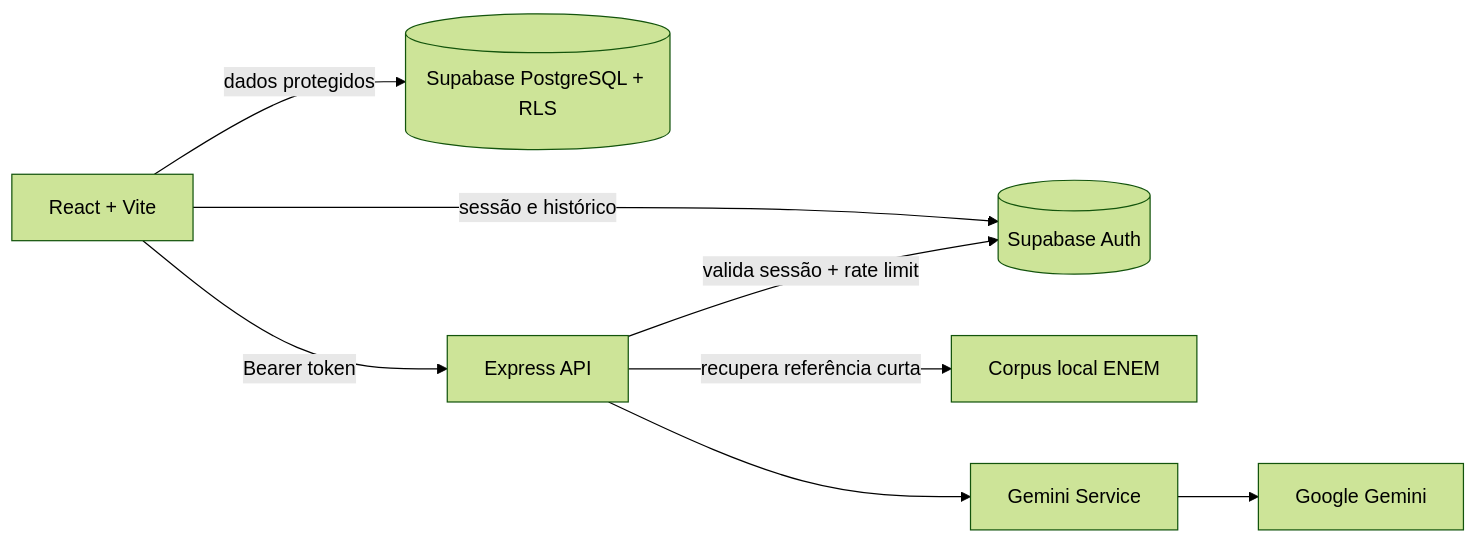
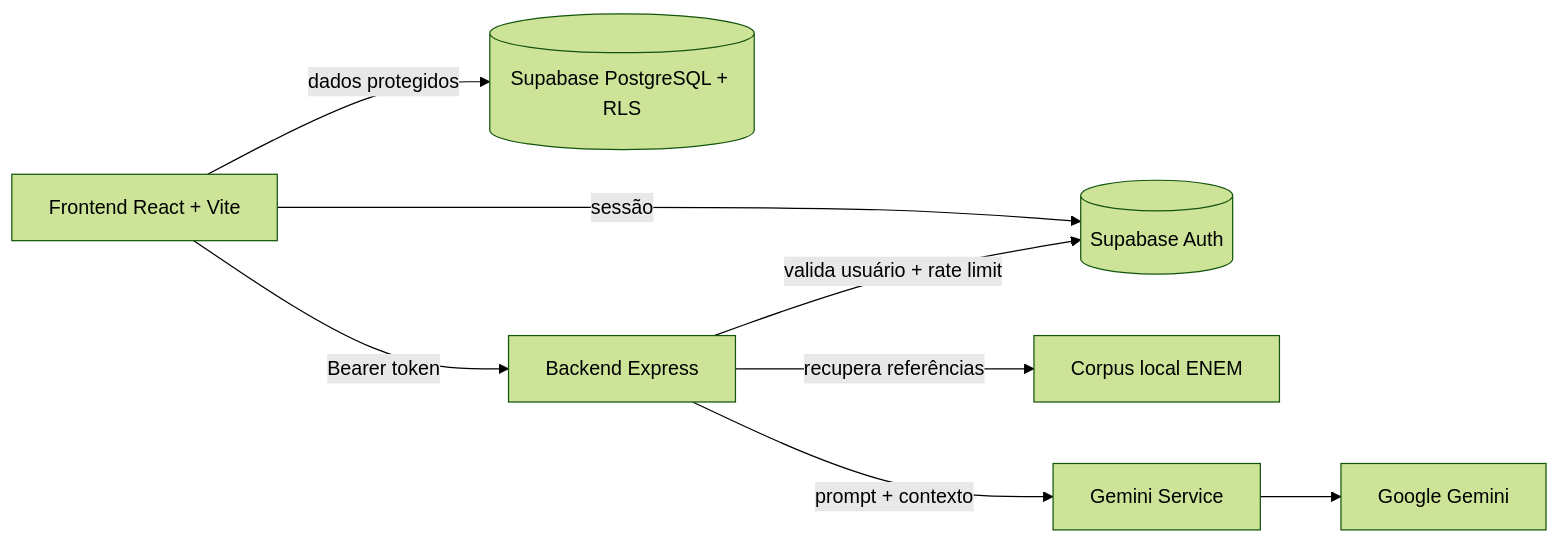
Before and after one commit to Leandro-dot7/leandro-furlanetto-enem-ai-challenge: the second of 2 diagrams in README.md, drawn with Mermaid (forest theme). The commit also changed other lines of this file and 2 other files, not shown here.

````diff
--- a/README.md
+++ b/README.md
@@ -21,17 +146,17 @@
 ```mermaid
 flowchart LR
-  Browser[React + Vite]
+  Browser[Frontend React + Vite]
   Auth[(Supabase Auth)]
   Data[(Supabase PostgreSQL + RLS)]
-  API[Express API]
+  API[Backend Express]
   RAG[Corpus local ENEM]
   AI[Gemini Service]
 
-  Browser -->|sessão e histórico| Auth
+  Browser -->|sessão| Auth
   Browser -->|dados protegidos| Data
   Browser -->|Bearer token| API
-  API -->|valida sessão + rate limit| Auth
-  API -->|recupera referência curta| RAG
-  API --> AI
+  API -->|valida usuário + rate limit| Auth
+  API -->|recupera referências| RAG
+  API -->|prompt + contexto| AI
   AI --> Gemini[Google Gemini]
 ```
````
